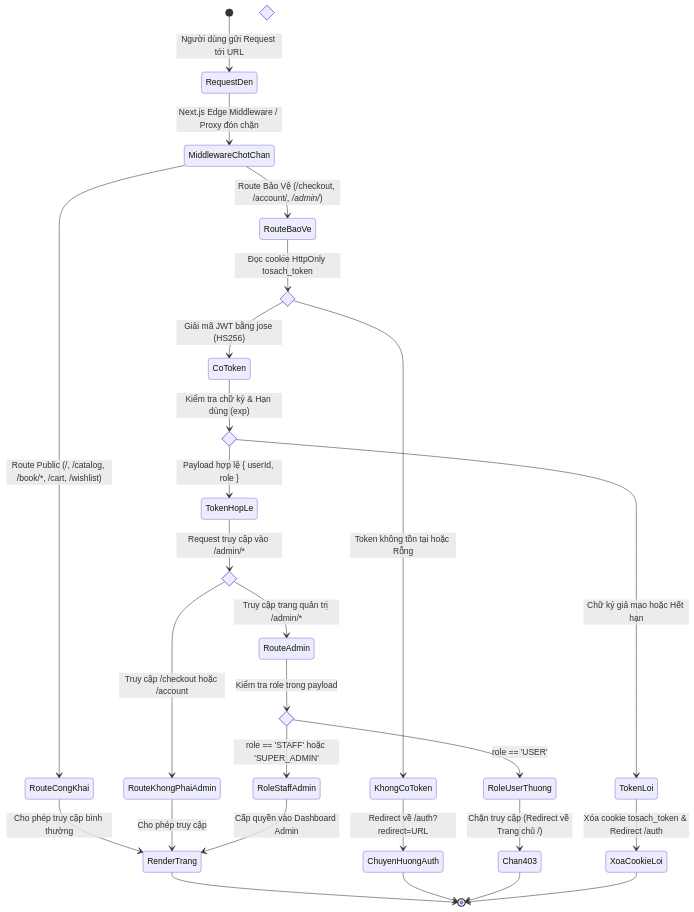
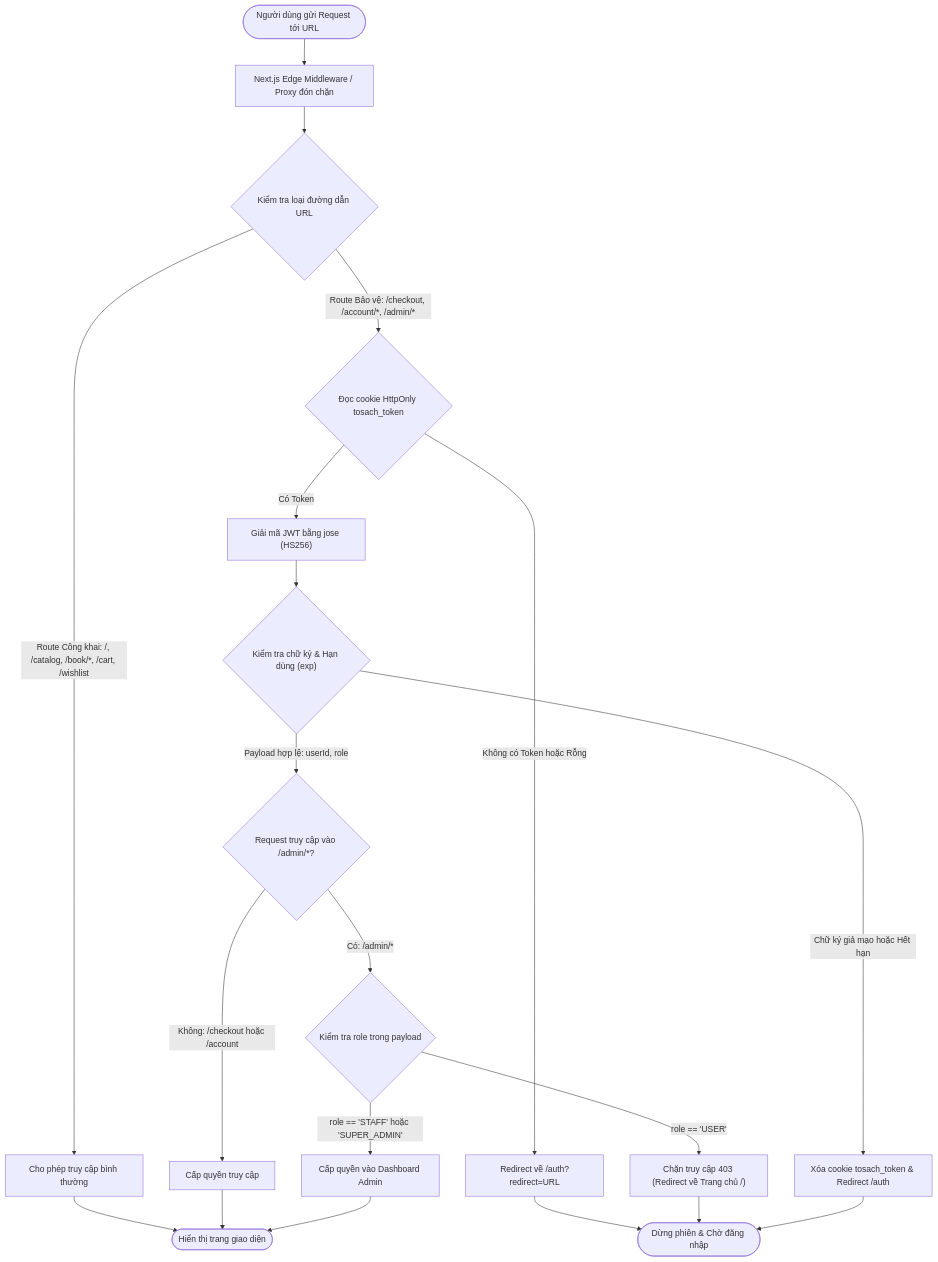
Before and after one commit to Hanh-Dang/DALN-CNTT-1-1-26-N02_To-Sach: diagram 13 of 23 in Document_Project.md, drawn with Mermaid. The commit also changed other lines of this file and 2 other files, not shown here.

Commit message:
feat(ai & tài-liệu): tối ưu sơ đồ Mermaid sang graph TD tránh lỗi render GitHub và nâng cấp chatbot hỗ trợ Markdown cùng lưu phiên làm việc

````diff
--- a/Document_Project.md
+++ b/Document_Project.md
@@ -907,45 +903,28 @@
 ```mermaid
-stateDiagram-v2
-    [*] --> RequestDen: Người dùng gửi Request tới URL
-    RequestDen --> MiddlewareChotChan: Next.js Edge Middleware / Proxy đón chặn
+graph TD
+    StartReq(["Người dùng gửi Request tới URL"]) --> EdgeMiddleware["Next.js Edge Middleware / Proxy đón chặn"]
+    EdgeMiddleware --> CheckRoute{"Kiểm tra loại đường dẫn URL"}
 
-    state KiemTraRoute <<choice>>
-    MiddlewareChotChan --> RouteCongKhai: Route Public (/, /catalog, /book/*, /cart, /wishlist)
-    MiddlewareChotChan --> RouteBaoVe: Route Bảo Vệ (/checkout, /account/*, /admin/*)
+    CheckRoute -->|"Route Công khai: /, /catalog, /book/*, /cart, /wishlist"| AllowPublic["Cho phép truy cập bình thường"]
+    CheckRoute -->|"Route Bảo vệ: /checkout, /account/*, /admin/*"| CheckToken{"Đọc cookie HttpOnly tosach_token"}
 
-    RouteCongKhai --> RenderTrang: Cho phép truy cập bình thường
+    CheckToken -->|"Không có Token hoặc Rỗng"| RedirectAuth["Redirect về /auth?redirect=URL"]
+    CheckToken -->|"Có Token"| DecodeJWT["Giải mã JWT bằng jose (HS256)"]
 
-    state KiemTraTokenCookie <<choice>>
-    RouteBaoVe --> KiemTraTokenCookie: Đọc cookie HttpOnly tosach_token
-    KiemTraTokenCookie --> KhongCoToken: Token không tồn tại hoặc Rỗng
-    KhongCoToken --> ChuyenHuongAuth: Redirect về /auth?redirect=URL
+    DecodeJWT --> CheckSignature{"Kiểm tra chữ ký & Hạn dùng (exp)"}
+    CheckSignature -->|"Chữ ký giả mạo hoặc Hết hạn"| ClearCookie["Xóa cookie tosach_token & Redirect /auth"]
+    CheckSignature -->|"Payload hợp lệ: userId, role"| CheckAdminPath{"Request truy cập vào /admin/*?"}
 
-    KiemTraTokenCookie --> CoToken: Giải mã JWT bằng jose (HS256)
-    
-    state XacThucChuKy <<choice>>
-    CoToken --> XacThucChuKy: Kiểm tra chữ ký & Hạn dùng (exp)
-    XacThucChuKy --> TokenLoi: Chữ ký giả mạo hoặc Hết hạn
-    TokenLoi --> XoaCookieLoi: Xóa cookie tosach_token & Redirect /auth
-    
-    XacThucChuKy --> TokenHopLe: Payload hợp lệ { userId, role }
+    CheckAdminPath -->|"Không: /checkout hoặc /account"| AllowAccess["Cấp quyền truy cập"]
+    CheckAdminPath -->|"Có: /admin/*"| CheckRole{"Kiểm tra role trong payload"}
 
-    state KiemTraPhanQuyenAdmin <<choice>>
-    TokenHopLe --> KiemTraPhanQuyenAdmin: Request truy cập vào /admin/*
-    KiemTraPhanQuyenAdmin --> RouteKhongPhaiAdmin: Truy cập /checkout hoặc /account
-    RouteKhongPhaiAdmin --> RenderTrang: Cho phép truy cập
+    CheckRole -->|"role == 'USER'"| Block403["Chặn truy cập 403 (Redirect về Trang chủ /)"]
+    CheckRole -->|"role == 'STAFF' hoặc 'SUPER_ADMIN'"| GrantAdmin["Cấp quyền vào Dashboard Admin"]
 
-    KiemTraPhanQuyenAdmin --> RouteAdmin: Truy cập trang quản trị /admin/*
-    
-    state KiemTraRoleAdmin <<choice>>
-    RouteAdmin --> KiemTraRoleAdmin: Kiểm tra role trong payload
-    KiemTraRoleAdmin --> RoleUserThuong: role == 'USER'
-    RoleUserThuong --> Chan403: Chặn truy cập (Redirect về Trang chủ /)
-    
-    KiemTraRoleAdmin --> RoleStaffAdmin: role == 'STAFF' hoặc 'SUPER_ADMIN'
-    RoleStaffAdmin --> RenderTrang: Cấp quyền vào Dashboard Admin
-
-    RenderTrang --> [*]
-    ChuyenHuongAuth --> [*]
-    Chan403 --> [*]
-    XoaCookieLoi --> [*]
+    AllowPublic --> RenderPage(["Hiển thị trang giao diện"])
+    AllowAccess --> RenderPage
+    GrantAdmin --> RenderPage
+    RedirectAuth --> EndBlock(["Dừng phiên & Chờ đăng nhập"])
+    Block403 --> EndBlock
+    ClearCookie --> EndBlock
 ```
````
